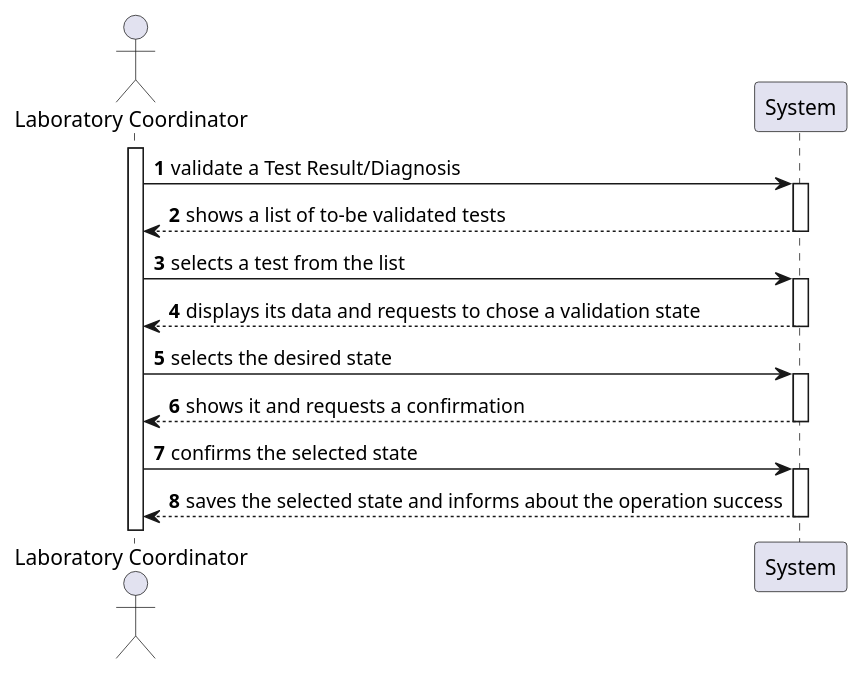
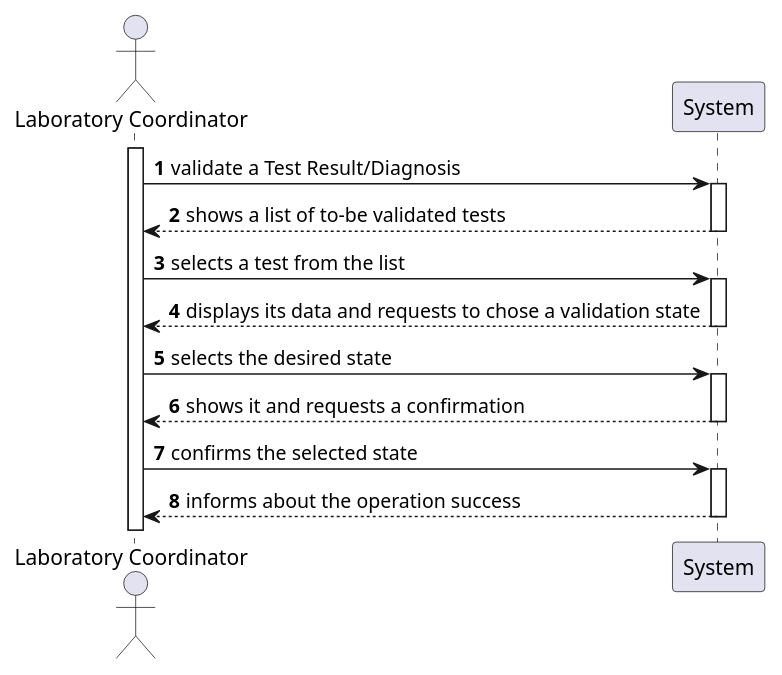
Before and after one commit to 0franciscor/lei-21-s2-1de-g19: the diagram in docs/SprintC/US15/US15-SSD.puml, drawn with PlantUML. The commit also changed 2 other files, not shown here.

```diff
--- a/docs/SprintC/US15/US15-SSD.puml
+++ b/docs/SprintC/US15/US15-SSD.puml
@@ -1,18 +1,18 @@
 @startuml
 'https://plantuml.com/sequence-diagram
 
 autonumber
 
 actor "Laboratory Coordinator" as labC
 activate labC
 
 labC -> System ++: validate a Test Result/Diagnosis
 System --> labC --: shows a list of to-be validated tests
 labC -> System ++: selects a test from the list
 System -->  labC --: displays its data and requests to chose a validation state
 labC ->  System ++: selects the desired state
 System --> labC --: shows it and requests a confirmation
 labC -> System ++: confirms the selected state
-System --> labC --: saves the selected state and informs about the operation success
+System --> labC --: informs about the operation success
 
 @enduml
```
